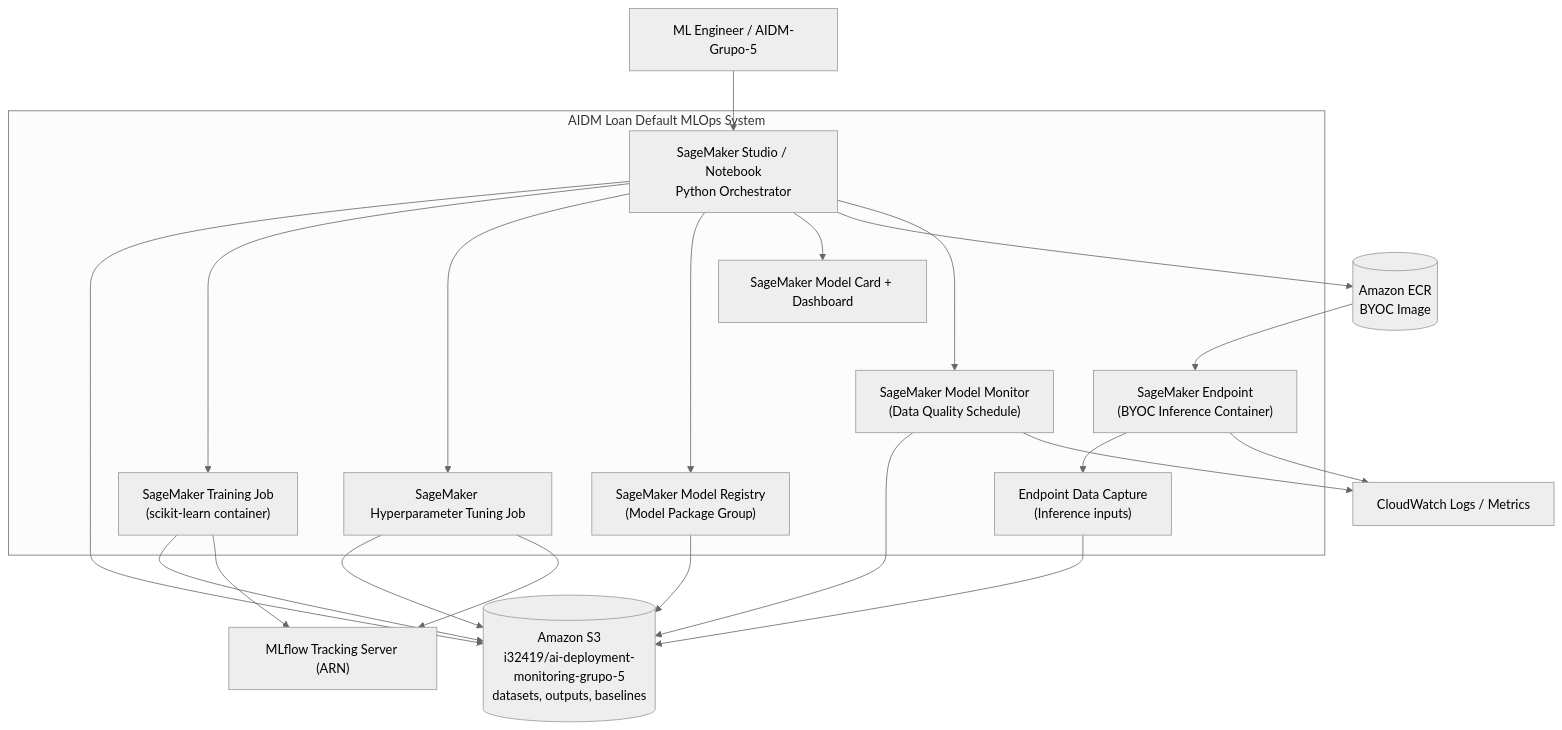
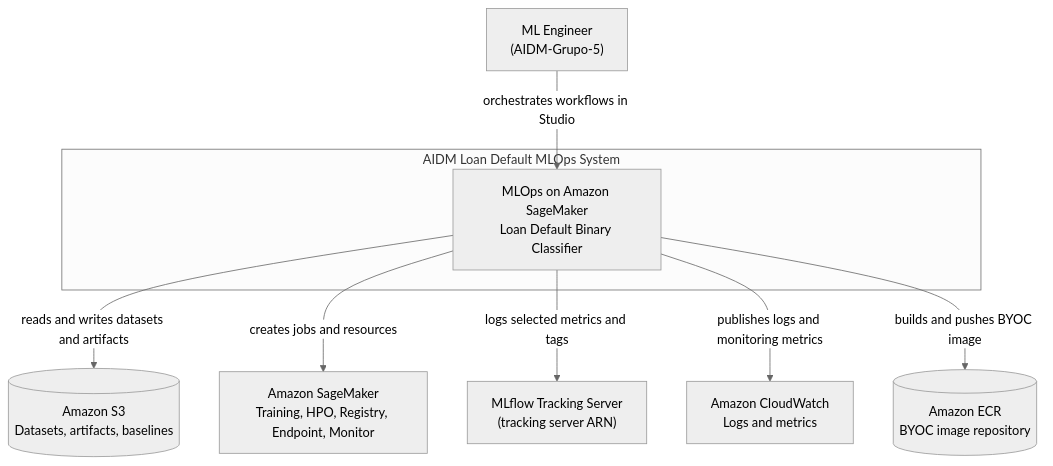
Before and after one commit to iseg-pg-ai/AIDM-GRUPO-5: the diagram in architecture/c4-system-context.md, drawn with Mermaid (neutral theme). The commit also changed 1 other file, not shown here.

Commit message:
Final Diagrams

````diff
--- a/architecture/c4-system-context.md
+++ b/architecture/c4-system-context.md
@@ -1,45 +1,22 @@
 ```mermaid
 flowchart TB
-  user["ML Engineer / AIDM-Grupo-5"]
+  person["ML Engineer<br/>(AIDM-Grupo-5)"]
 
-  subgraph boundary["AIDM Loan Default MLOps System"]
-    studio["SageMaker Studio / Notebook<br/>Python Orchestrator"]
-    train["SageMaker Training Job<br/>(scikit-learn container)"]
-    hpo["SageMaker Hyperparameter Tuning Job"]
-    reg["SageMaker Model Registry<br/>(Model Package Group)"]
-    card["SageMaker Model Card + Dashboard"]
-    endpoint["SageMaker Endpoint<br/>(BYOC Inference Container)"]
-    datacapture["Endpoint Data Capture<br/>(Inference inputs)"]
-    monitor["SageMaker Model Monitor<br/>(Data Quality Schedule)"]
+  subgraph sys["AIDM Loan Default MLOps System"]
+    system["MLOps on Amazon SageMaker<br/>Loan Default Binary Classifier"]
   end
 
-  s3[("Amazon S3<br/>i32419/ai-deployment-monitoring-grupo-5<br/>datasets, outputs, baselines")]
-  ecr[("Amazon ECR<br/>BYOC Image")]
-  cw["CloudWatch Logs / Metrics"]
-  mlflow["MLflow Tracking Server (ARN)"]
+  s3[("Amazon S3<br/>Datasets, artifacts, baselines")]
+  sm["Amazon SageMaker<br/>Training, HPO, Registry, Endpoint, Monitor"]
+  ecr[("Amazon ECR<br/>BYOC image repository")]
+  mlflow["MLflow Tracking Server<br/>(tracking server ARN)"]
+  cw["Amazon CloudWatch<br/>Logs and metrics"]
 
-  user --> studio
-  studio --> s3
+  person -->|orchestrates workflows in Studio| system
 
-  studio --> train
-  studio --> hpo
-  train --> s3
-  hpo --> s3
-  train --> mlflow
-  hpo --> mlflow
-
-  studio --> reg
-  reg --> s3
-  studio --> card
-
-  studio --> ecr
-  ecr --> endpoint
-
-  endpoint --> datacapture
-  datacapture --> s3
-  endpoint --> cw
-
-  studio --> monitor
-  monitor --> s3
-  monitor --> cw
+  system -->|reads and writes datasets and artifacts| s3
+  system -->|creates jobs and resources| sm
+  system -->|logs selected metrics and tags| mlflow
+  system -->|publishes logs and monitoring metrics| cw
+  system -->|builds and pushes BYOC image| ecr
 ```
````
